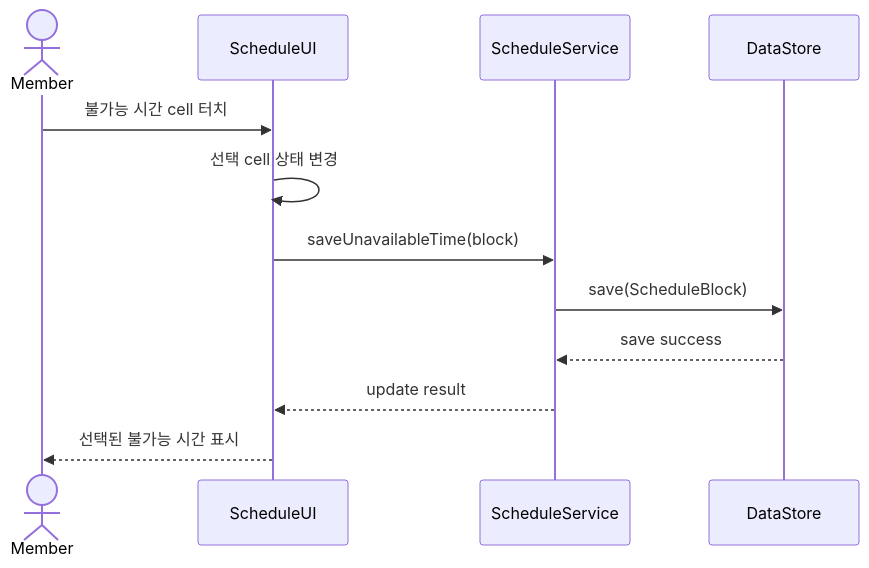
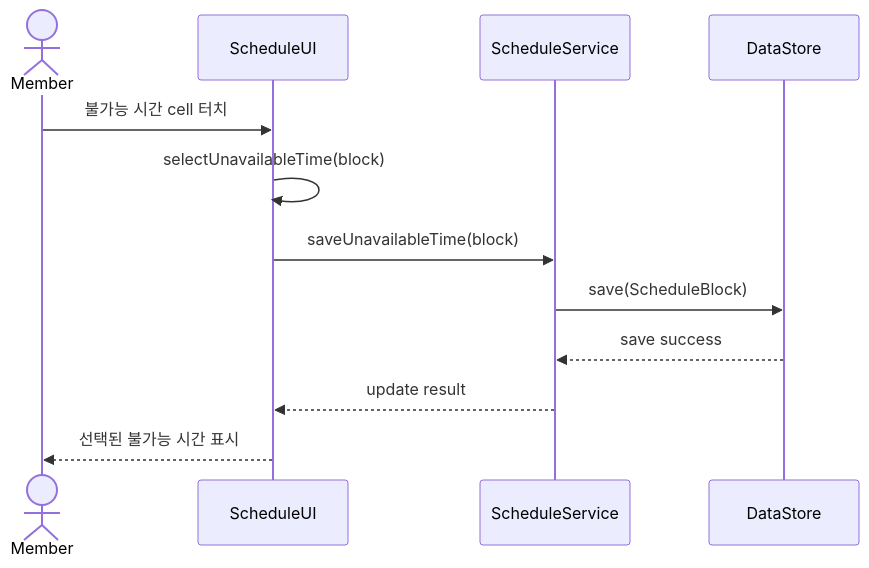
The sixth of 16 diagrams in Design_22411923_홍주은.md (goldong23/Jo-Yul), drawn with Mermaid before and after one commit. The commit also changed other lines of this file, not shown here.

Commit message:
UML 다이어그램 강의 규칙 반영

````diff
--- a/Design_22411923_홍주은.md
+++ b/Design_22411923_홍주은.md
@@ -358,15 +428,15 @@
 ```mermaid
 sequenceDiagram
     actor Member
     participant ScheduleUI
     participant ScheduleService
     participant DataStore
 
     Member->>ScheduleUI: 불가능 시간 cell 터치
-    ScheduleUI->>ScheduleUI: 선택 cell 상태 변경
+    ScheduleUI->>ScheduleUI: selectUnavailableTime(block)
     ScheduleUI->>ScheduleService: saveUnavailableTime(block)
     ScheduleService->>DataStore: save(ScheduleBlock)
     DataStore-->>ScheduleService: save success
     ScheduleService-->>ScheduleUI: update result
     ScheduleUI-->>Member: 선택된 불가능 시간 표시
 ```
````
